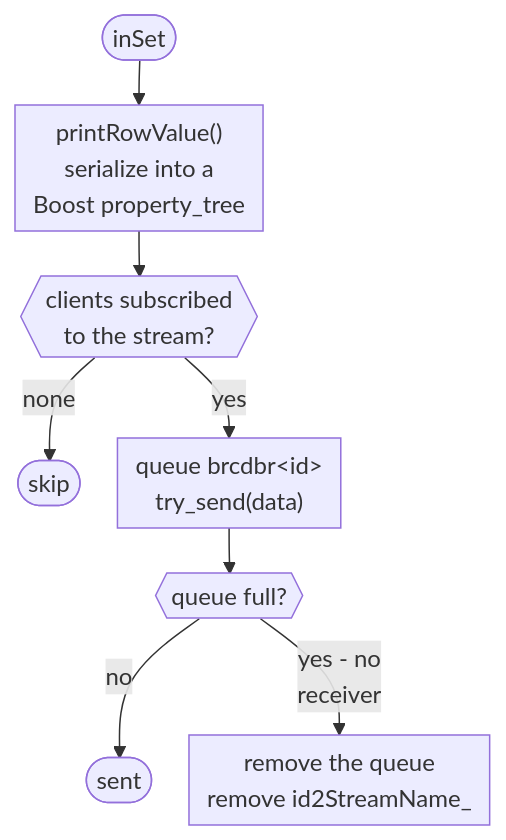
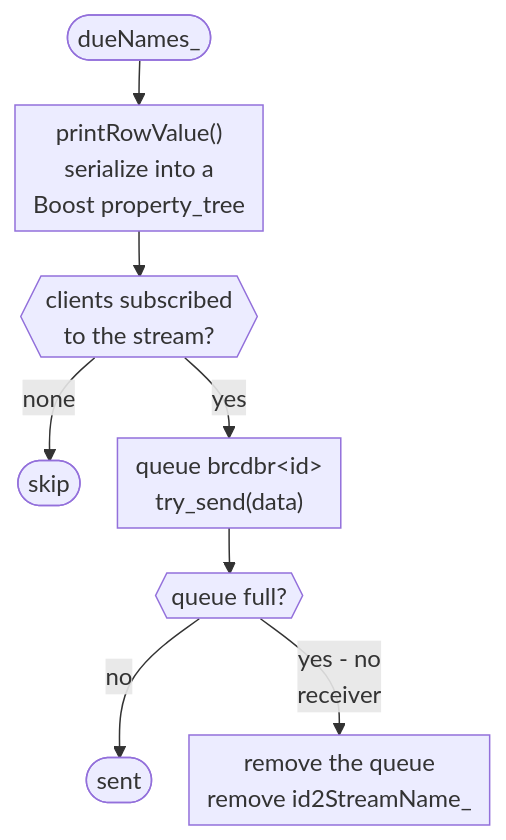
The fifth of 6 diagrams in query-execution/query-tree-traversal-algorithm.md (michalwidera/documentation-rdb), drawn with Mermaid before and after one commit. The commit also changed other lines of this file and 4 other files, not shown here.

````diff
--- a/query-execution/query-tree-traversal-algorithm.md
+++ b/query-execution/query-tree-traversal-algorithm.md
@@ -182,13 +185,13 @@
 ```mermaid
 %% pdf-width: 85%
 %% pdf-height: 60%
 %%{init: {"markdownAutoWrap": false, "flowchart": {"nodeSpacing": 25, "rankSpacing": 30, "padding": 6}}}%%
 flowchart TB
-    A([inSet]) --> B["printRowValue()<br/>serialize into a<br/>Boost property_tree"]
+    A([dueNames_]) --> B["printRowValue()<br/>serialize into a<br/>Boost property_tree"]
     B --> C{{"clients subscribed<br/>to the stream?"}}
     C -->|none| H([skip])
     C -->|yes| D["queue brcdbr&lt;id&gt;<br/>try_send(data)"]
     D --> E{{"queue full?"}}
     E -->|no| F([sent])
     E -->|"yes - no<br/>receiver"| G["remove the queue<br/>remove id2StreamName_"]
 ```
````
